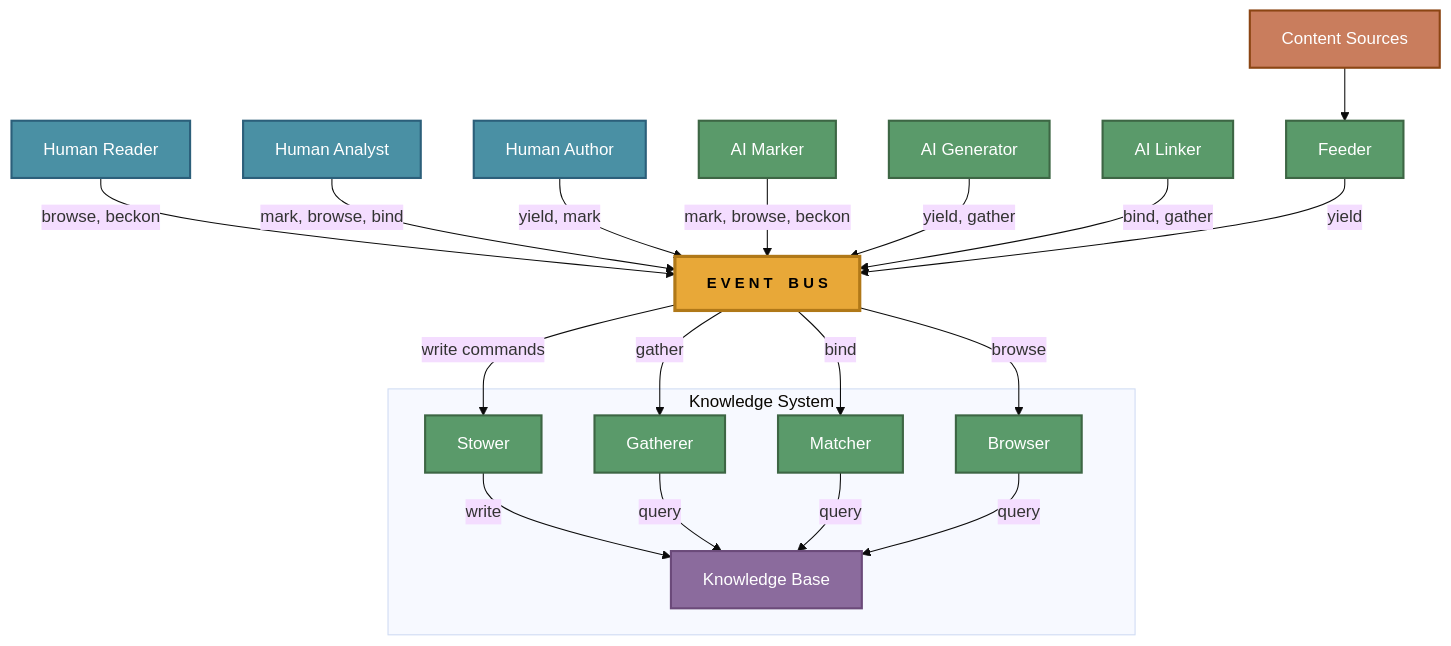
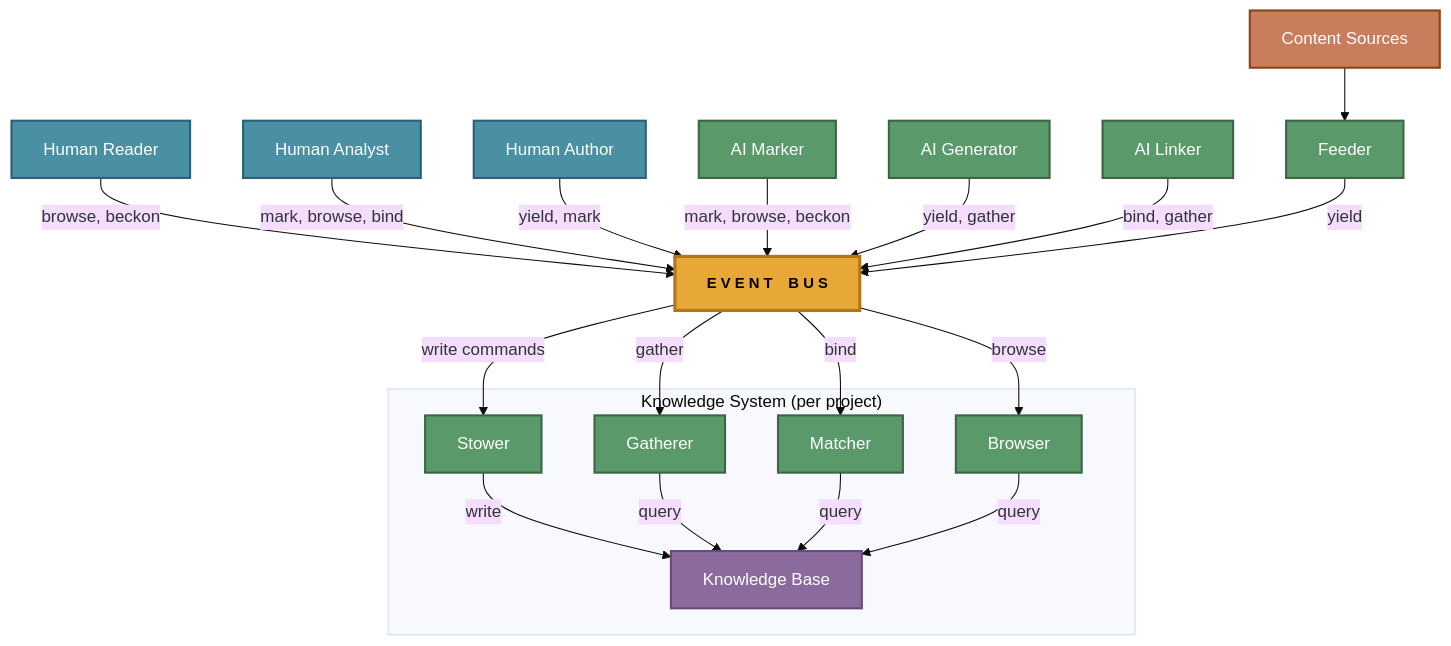
Before and after one commit to The-AI-Alliance/semiont: the first of 3 diagrams in docs/ARCHITECTURE.md, drawn with Mermaid (base theme). The commit also changed other lines of this file, not shown here.

Commit message:
clean up Knowledge System diagram

````diff
--- a/docs/ARCHITECTURE.md
+++ b/docs/ARCHITECTURE.md
@@ -17,45 +17,45 @@
 ```mermaid
 graph TD
     READER["Human Reader"] -->|"browse, beckon"| BUS
     ANALYST["Human Analyst"] -->|"mark, browse, bind"| BUS
     AUTHOR["Human Author"] -->|"yield, mark"| BUS
     MARKER["AI Marker"] -->|"mark, browse, beckon"| BUS
     GENERATOR["AI Generator"] -->|"yield, gather"| BUS
     LINKER["AI Linker"] -->|"bind, gather"| BUS
 
     BUS["E V E N T &ensp; B U S"]
 
-    subgraph ks ["Knowledge System"]
+    subgraph ks ["Knowledge System (per project)"]
         STOWER["Stower"]
         GATHERER["Gatherer"]
         MATCHER["Matcher"]
         BROWSER["Browser"]
         KB["Knowledge Base"]
         STOWER -->|"write"| KB
         GATHERER -->|"query"| KB
         MATCHER -->|"query"| KB
         BROWSER -->|"query"| KB
     end
 
     BUS -->|"write commands"| STOWER
     BUS -->|"gather"| GATHERER
     BUS -->|"bind"| MATCHER
     BUS -->|"browse"| BROWSER
 
     SOURCES["Content Sources"] --> FEEDER["Feeder"]
     FEEDER -->|"yield"| BUS
 
     classDef bus fill:#e8a838,stroke:#b07818,stroke-width:3px,color:#000,font-weight:bold,font-size:14px
     classDef human fill:#4a90a4,stroke:#2c5f7a,stroke-width:2px,color:#fff
     classDef ai fill:#5a9a6a,stroke:#3d6644,stroke-width:2px,color:#fff
     classDef kb fill:#8b6b9d,stroke:#6b4a7a,stroke-width:2px,color:#fff
     classDef stream fill:#c97d5d,stroke:#8b4513,stroke-width:2px,color:#fff
     classDef worker fill:#5a9a6a,stroke:#3d6644,stroke-width:2px,color:#fff
 
     class READER,ANALYST,AUTHOR human
     class MARKER,GENERATOR,LINKER ai
     class BUS bus
     class KB kb
     class SOURCES stream
     class FEEDER,STOWER,GATHERER,MATCHER,BROWSER worker
 ```
````
